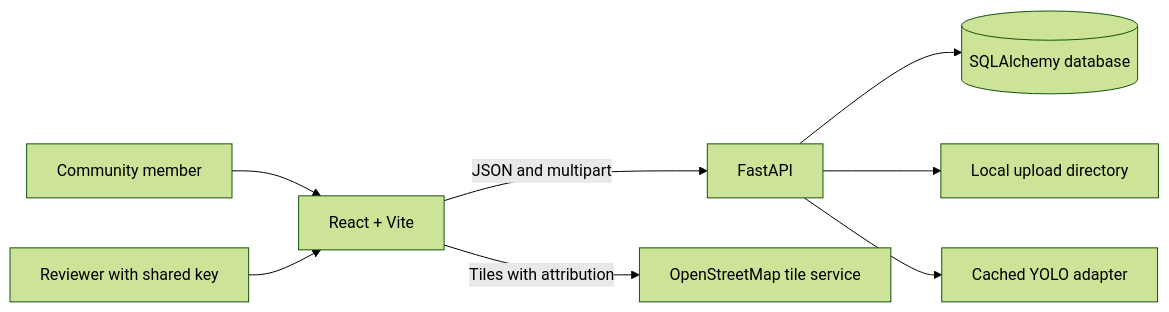
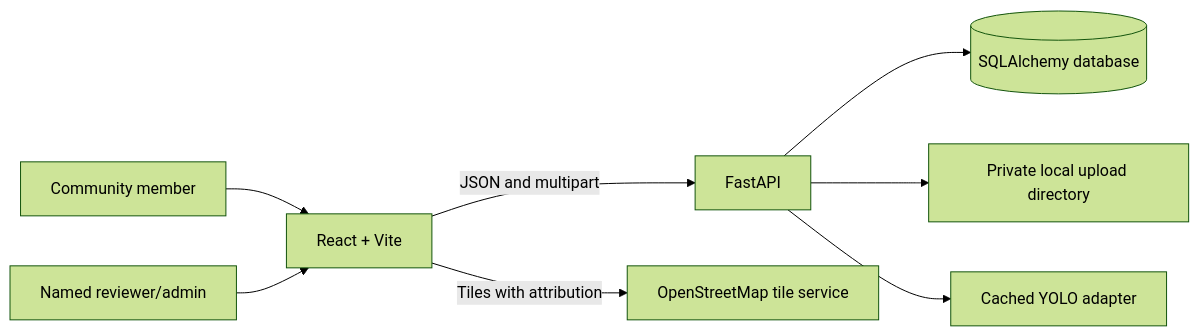
One commit to luffy-loop/CivicVision changed the diagram in docs/ARCHITECTURE.md. Above: the diagram before and after it, drawn with Mermaid (forest theme). The commit also changed other lines of this file and 42 other files, not shown here.

````diff
--- a/docs/ARCHITECTURE.md
+++ b/docs/ARCHITECTURE.md
@@ -5,10 +5,10 @@
 ```mermaid
 flowchart LR
   Citizen[Community member] --> UI[React + Vite]
-  Reviewer[Reviewer with shared key] --> UI
+  Reviewer[Named reviewer/admin] --> UI
   UI -->|JSON and multipart| API[FastAPI]
   API --> DB[(SQLAlchemy database)]
-  API --> Files[Local upload directory]
+  API --> Files[Private local upload directory]
   API --> Model[Cached YOLO adapter]
   UI -->|Tiles with attribution| OSM[OpenStreetMap tile service]
 ```
````
